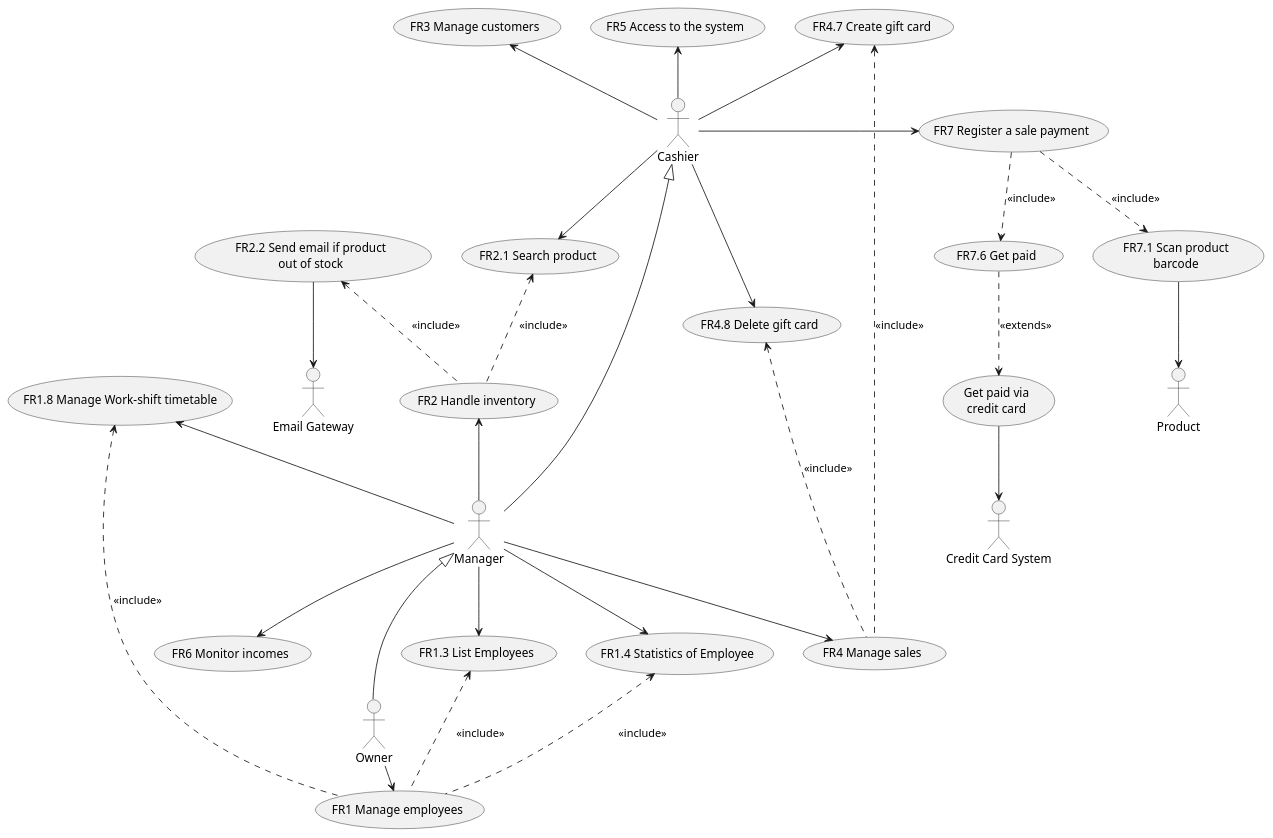
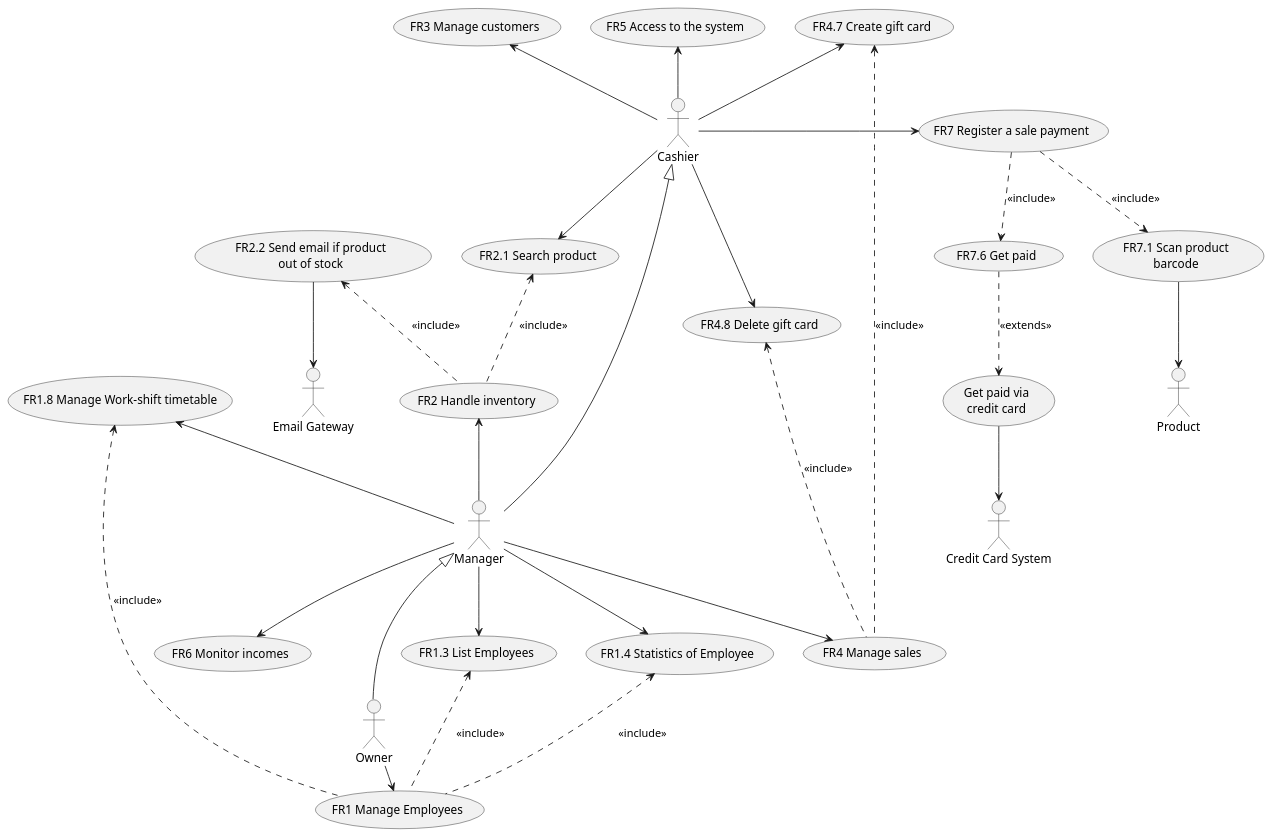
The second of 9 diagrams in Deliverables/RequirementsDocument.md (MatteoBattilana/EzShop), drawn with PlantUML before and after one commit. The commit also changed other lines of this file, not shown here.

````diff
--- a/Deliverables/RequirementsDocument.md
+++ b/Deliverables/RequirementsDocument.md
@@ -222,61 +222,61 @@
 ```plantuml
 @startuml
-	usecase "FR1 Manage employees" as UC2
+	usecase "FR1 Manage Employees" as UC2
 	usecase "FR1.3 List Employees" as UC2.3
 	usecase "FR1.4 Statistics of Employee" as UC2.4
 	usecase "FR1.8 Manage Work-shift timetable" as UC2.7
 	UC2.3 <.. UC2: <<include>>
 	UC2.4 <.. UC2: <<include>>
 	UC2.7 <.. UC2: <<include>>
 
 	usecase "FR2 Handle inventory" as UC3
 	usecase "FR2.1 Search product" as UC3.1
 	usecase "FR2.2 Send email if product\nout of stock" as UC3.2
 	UC3.2 <.. UC3: <<include>>
 	UC3.1 <.. UC3: <<include>>
 
 	usecase "FR5 Access to the system" as UC4
 
 	usecase "FR3 Manage customers" as UC5
 	usecase "FR6 Monitor incomes" as UC6
 
 	usecase "FR4 Manage sales" as UC8
   usecase "FR4.7 Create gift card" as UC8.4
   usecase "FR4.8 Delete gift card" as UC8.5
 	UC8.4 <.. UC8: <<include>>
 	UC8.5 <.. UC8: <<include>>
 
   usecase "FR7 Register a sale payment" as UC7
   usecase "FR7.6 Get paid" as UC7.8
   usecase "Get paid via\ncredit card" as UC7.8.1
   usecase "FR7.1 Scan product\nbarcode" as UC7.1
   UC7.8.1 <.up. UC7.8: <<extends>>
   UC7.8 <.up. UC7: <<include>>
   UC7.1 <.up. UC7: <<include>>
 
 
 Cashier <|-down- Manager
 Manager <|-down- Owner
 Product <-up- UC7.1
 :Credit Card System: <-up- UC7.8.1
 
 Owner -right-> UC2
 
 Manager --> UC2.3
 Manager --> UC2.4
 Manager -up-> UC2.7
 Manager -up-> UC3
 Manager --> UC6
 Manager --> UC8
 
 Cashier --> UC3.1
 Cashier -up-> UC4
 Cashier -up-> UC8.4
 Cashier --> UC8.5
 Cashier -right-> UC7
 Cashier -up-> UC5
 
 
 :Email Gateway: <-up- UC3.2
 @enduml
 ```
````
